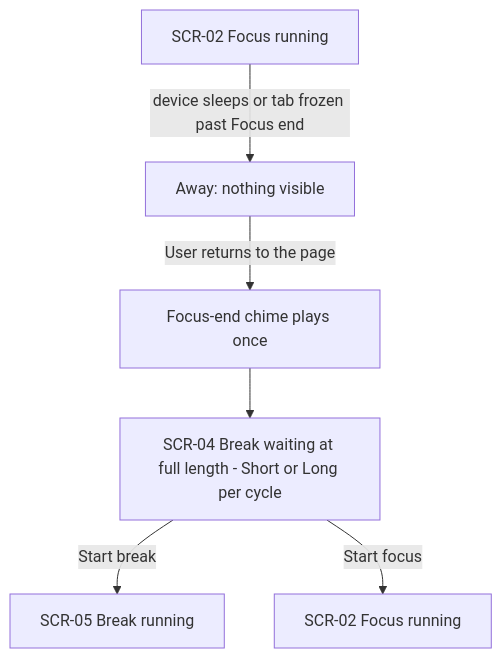
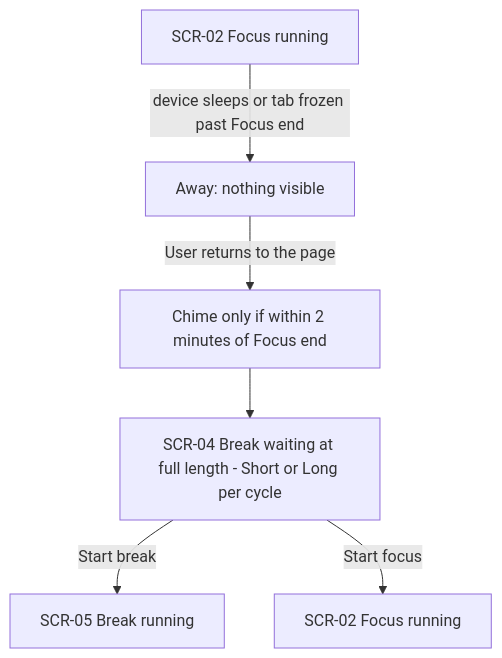
Before and after one commit to skush/pomodoro: the fifth of 7 diagrams in docs/features/break-flow/ux-flows.md, drawn with Mermaid. The commit also changed other lines of this file and 16 other files, not shown here.

First line of the commit message:
feat(break-flow): no chime for a completion noticed more than 2 minutes late

````diff
--- a/docs/features/break-flow/ux-flows.md
+++ b/docs/features/break-flow/ux-flows.md
@@ -104,8 +104,8 @@
 ```mermaid
 flowchart TD
     A[SCR-02 Focus running] -->|device sleeps or tab frozen past Focus end| B[Away: nothing visible]
-    B -->|User returns to the page| C[Focus-end chime plays once]
+    B -->|User returns to the page| C[Chime only if within 2 minutes of Focus end]
     C --> D[SCR-04 Break waiting at full length - Short or Long per cycle]
     D -->|Start break| E[SCR-05 Break running]
     D -->|Start focus| F[SCR-02 Focus running]
 ```
````
